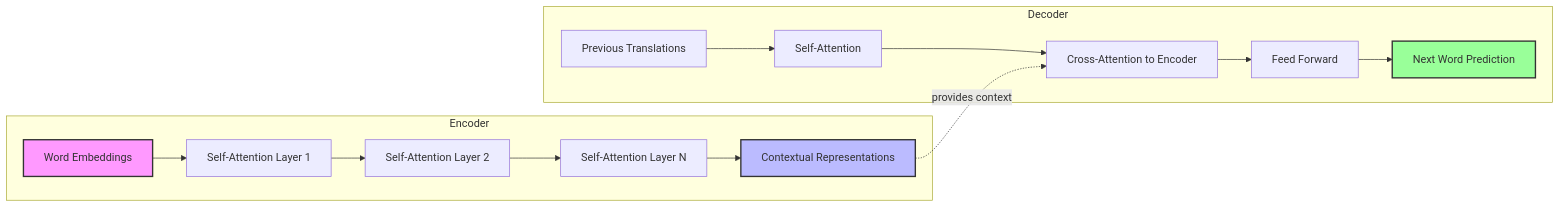
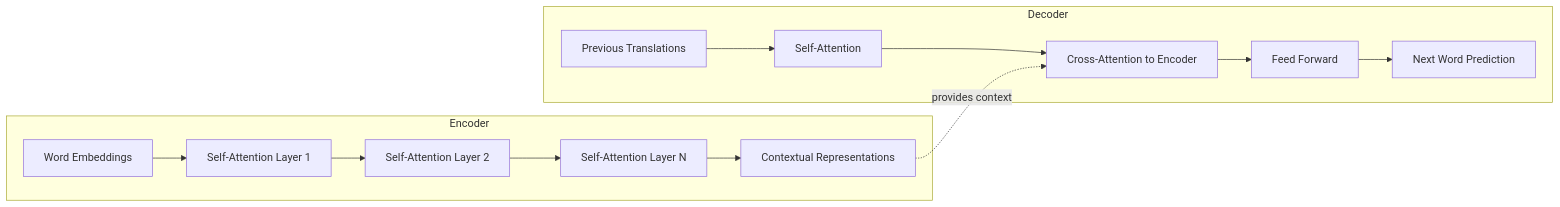
Before and after one commit to Shaddix/mostlylucidweb: the tenth of 15 diagrams in Mostlylucid/Markdown/how-neural-machine-translation-works.md, drawn with Mermaid. The commit also changed other lines of this file and 7 other files, not shown here.

````diff
--- a/Mostlylucid/Markdown/how-neural-machine-translation-works.md
+++ b/Mostlylucid/Markdown/how-neural-machine-translation-works.md
@@ -489,22 +484,19 @@
 ```mermaid
 graph LR
     subgraph Encoder
         E1[Word Embeddings] --> E2[Self-Attention Layer 1]
         E2 --> E3[Self-Attention Layer 2]
         E3 --> E4[Self-Attention Layer N]
         E4 --> E5[Contextual Representations]
     end
 
     subgraph Decoder
         D1[Previous Translations] --> D2[Self-Attention]
         D2 --> D3[Cross-Attention to Encoder]
         D3 --> D4[Feed Forward]
         D4 --> D5[Next Word Prediction]
     end
 
     E5 -.provides context.-> D3
 
-    style E1 fill:#f9f,stroke:#333,stroke-width:2px
-    style E5 fill:#bbf,stroke:#333,stroke-width:2px
-    style D5 fill:#9f9,stroke:#333,stroke-width:2px
 ```
````
